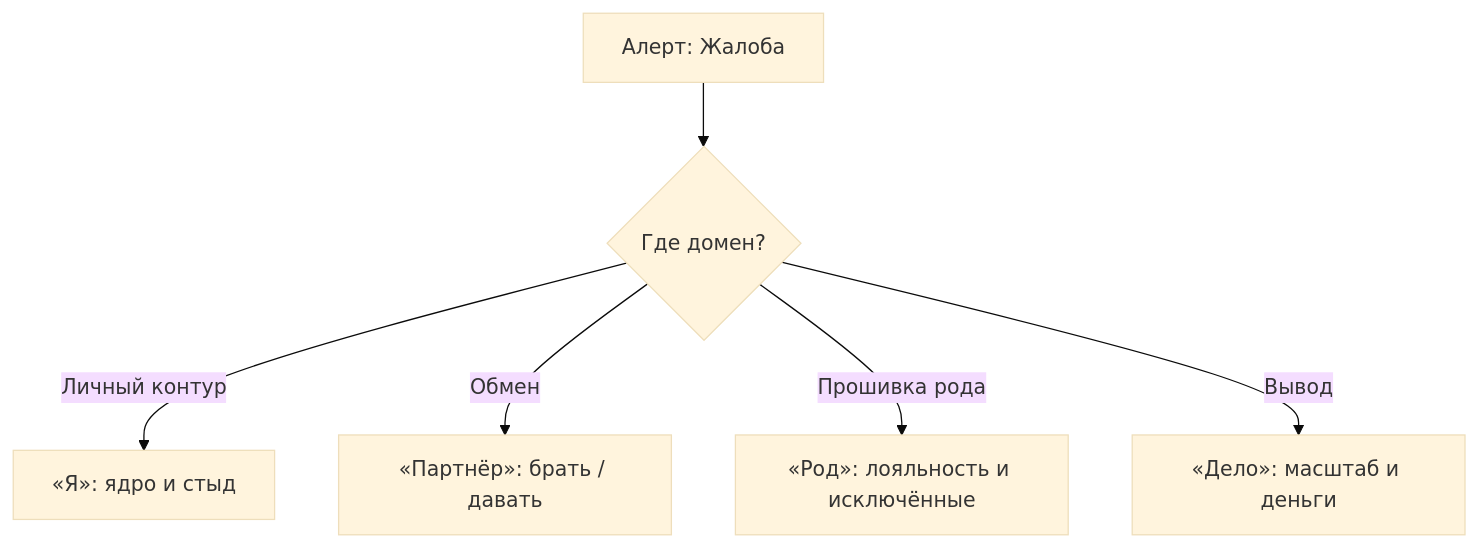
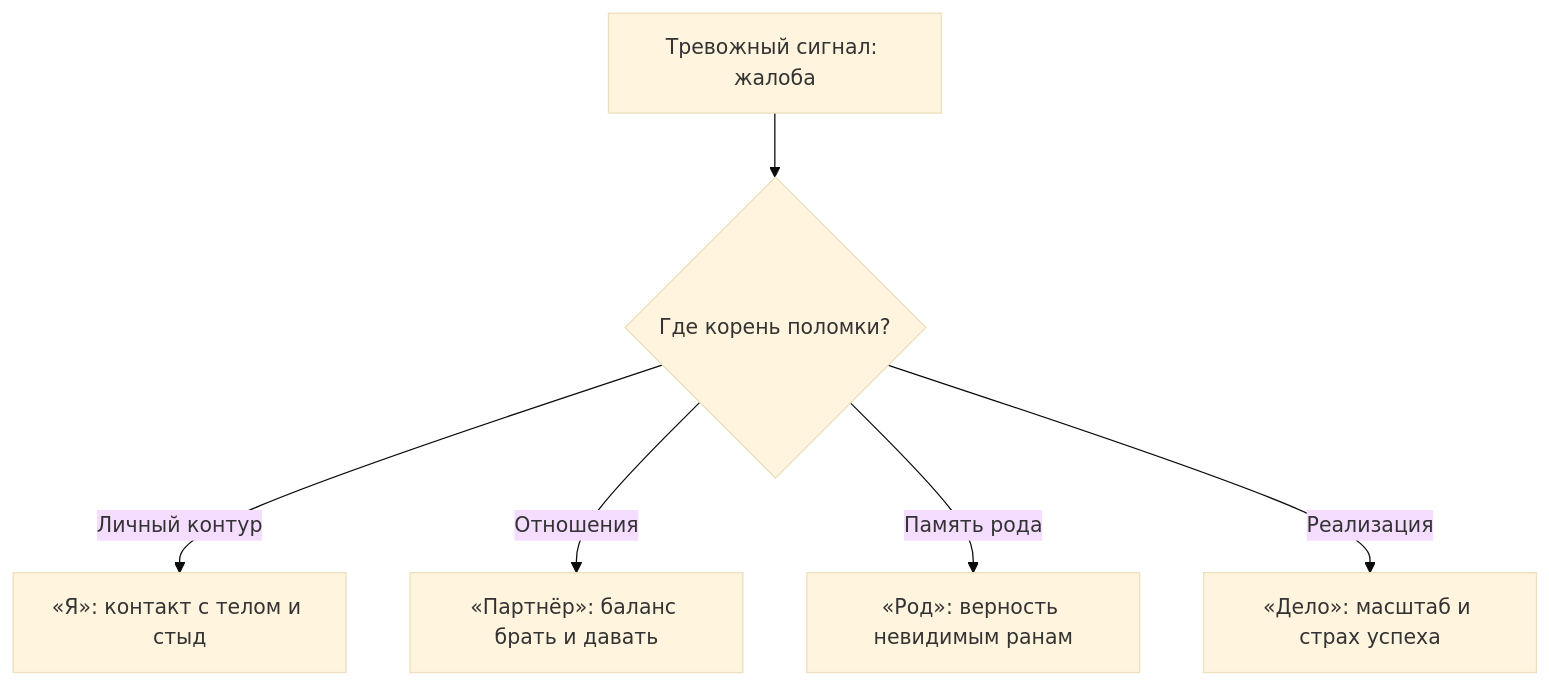
One commit to GTFB/threebooks changed the diagram in root/36-diagnosis/ru.mdx. Above: the diagram before and after it, drawn with Mermaid (base theme). The commit also changed other lines of this file and 40 other files, not shown here.

````diff
--- a/root/36-diagnosis/ru.mdx
+++ b/root/36-diagnosis/ru.mdx
@@ -29,8 +29,8 @@
 ```mermaid
 flowchart TB
-  A["Алерт: Жалоба"] --> B{"Где домен?"}
-  B -->|Личный контур| C["«Я»: ядро и стыд"]
-  B -->|Обмен| D["«Партнёр»: брать / давать"]
-  B -->|Прошивка рода| E["«Род»: лояльность и исключённые"]
-  B -->|Вывод| F["«Дело»: масштаб и деньги"]
+  A["Тревожный сигнал: жалоба"] --> B{"Где корень поломки?"}
+  B -->|Личный контур| C["«Я»: контакт с телом и стыд"]
+  B -->|Отношения| D["«Партнёр»: баланс брать и давать"]
+  B -->|Память рода| E["«Род»: верность невидимым ранам"]
+  B -->|Реализация| F["«Дело»: масштаб и страх успеха"]
 ```
````
